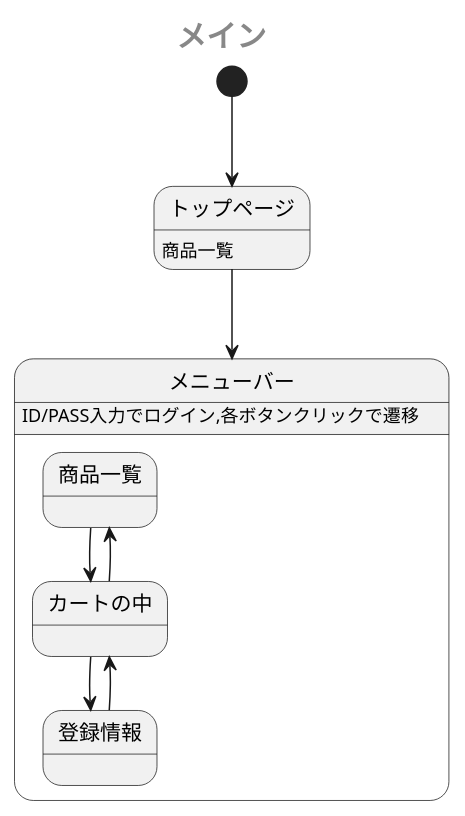
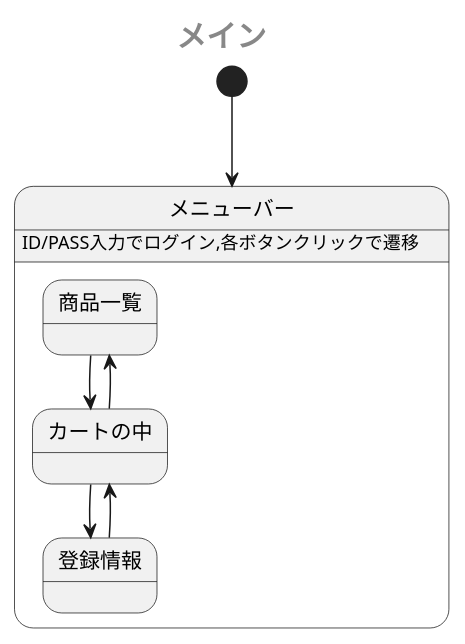
Before and after one commit to Aso2001385/2021sys-design: the first of 2 diagrams in sample/StateMachine.md, drawn with PlantUML.

````diff
--- a/sample/StateMachine.md
+++ b/sample/StateMachine.md
@@ -1,17 +1,15 @@
 ```uml
 @startuml
  center header <size:20><b>メイン</b></size>
- [*] --> トップページ
- トップページ: 商品一覧
- トップページ --> メニューバー
+ [*] --> メニューバー
  state メニューバー {
    メニューバー: ID/PASS入力でログイン,各ボタンクリックで遷移
    商品一覧 -down-> カートの中
    カートの中 -up-> 商品一覧
    カートの中 -down-> 登録情報
    登録情報 -up-> カートの中
 
  }
  
 @enduml
 ```
````
